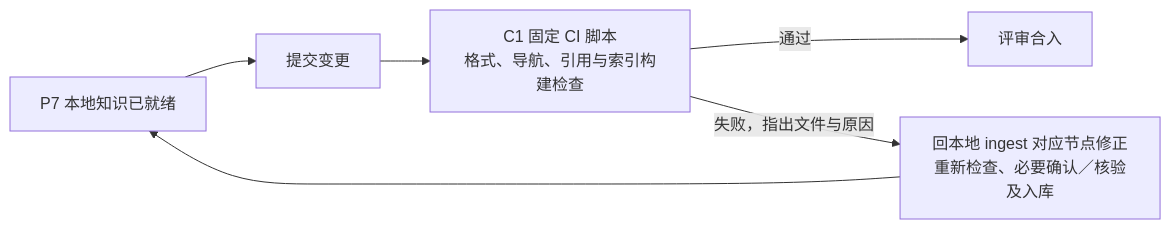
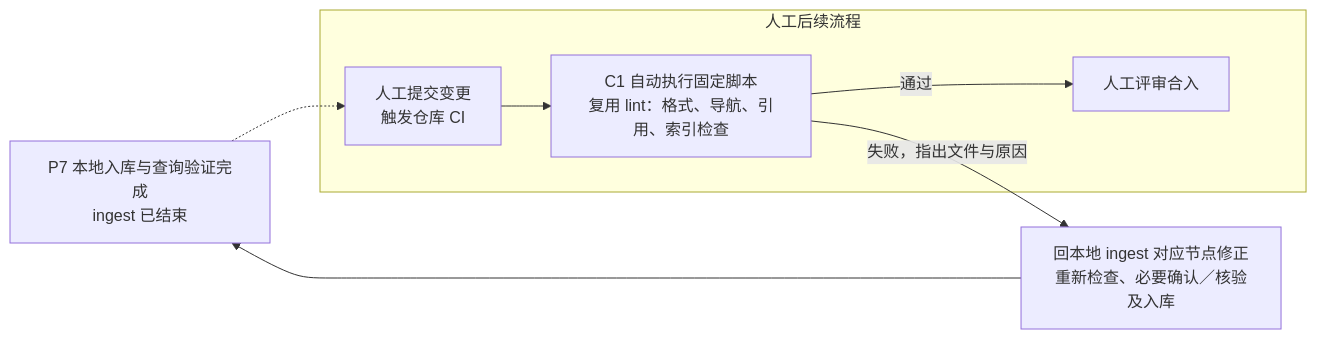
The sixth of 19 diagrams in aiotbot-knowledge-wifi-mp/docs-llm-wiki/知识库详细设计.md (Robin-hhc/FactumCore), drawn with Mermaid before and after one commit. The commit also changed other lines of this file and 95 other files, not shown here.

````diff
--- a/aiotbot-knowledge-wifi-mp/docs-llm-wiki/知识库详细设计.md
+++ b/aiotbot-knowledge-wifi-mp/docs-llm-wiki/知识库详细设计.md
@@ -306,8 +306,11 @@
 ```mermaid
 flowchart LR
-    P7["P7 本地知识已就绪"] --> SUBMIT["提交变更"]
-    SUBMIT --> C1["C1 固定 CI 脚本<br/>格式、导航、引用与索引构建检查"]
-    C1 -->|"通过"| MERGE["评审合入"]
+    P7["P7 本地入库与查询验证完成<br/>ingest 已结束"]
+    subgraph HUMAN["人工后续流程"]
+        SUBMIT["人工提交变更<br/>触发仓库 CI"] --> C1["C1 自动执行固定脚本<br/>复用 lint：格式、导航、引用、索引检查"]
+        C1 -->|"通过"| MERGE["人工评审合入"]
+    end
+    P7 -.-> SUBMIT
     C1 -->|"失败，指出文件与原因"| FIX["回本地 ingest 对应节点修正<br/>重新检查、必要确认／核验及入库"]
     FIX --> P7
 ```
````
